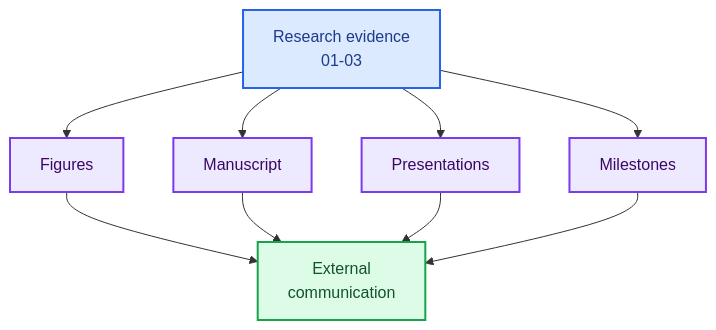
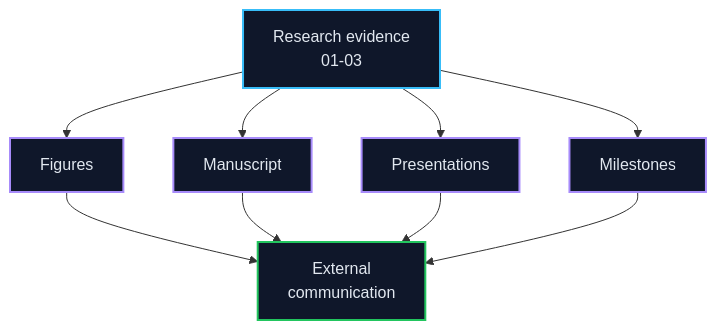
The diagram in 05_outputs_and_communication/README.md (jackyissocute/LiSPER), drawn with Mermaid before and after one commit. The commit also changed 10 other files, not shown here.

````diff
--- a/05_outputs_and_communication/README.md
+++ b/05_outputs_and_communication/README.md
@@ -7,28 +7,28 @@
 ```mermaid
 flowchart TD
     accTitle: Outputs And Communication
     accDescr: Evidence from the research pipeline is translated into figures, manuscripts, presentations, and milestone summaries for external communication.
 
     evidence["Research evidence<br/>01-03"]
     figures["Figures"]
     manuscript["Manuscript"]
     presentations["Presentations"]
     milestones["Milestones"]
     communication["External<br/>communication"]
 
     evidence --> figures
     evidence --> manuscript
     evidence --> presentations
     evidence --> milestones
     figures --> communication
     manuscript --> communication
     presentations --> communication
     milestones --> communication
 
-    classDef evidence fill:#dbeafe,stroke:#2563eb,stroke-width:2px,color:#1e3a8a
-    classDef output fill:#ede9fe,stroke:#7c3aed,stroke-width:2px,color:#3b0764
-    classDef final fill:#dcfce7,stroke:#16a34a,stroke-width:2px,color:#14532d
+    classDef evidence fill:#0F172A,stroke:#38BDF8,stroke-width:2px,color:#E2E8F0
+    classDef output fill:#0F172A,stroke:#A78BFA,stroke-width:2px,color:#E2E8F0
+    classDef final fill:#0F172A,stroke:#22C55E,stroke-width:2px,color:#E2E8F0
     class evidence evidence
     class figures,manuscript,presentations,milestones output
     class communication final
 ```
````
